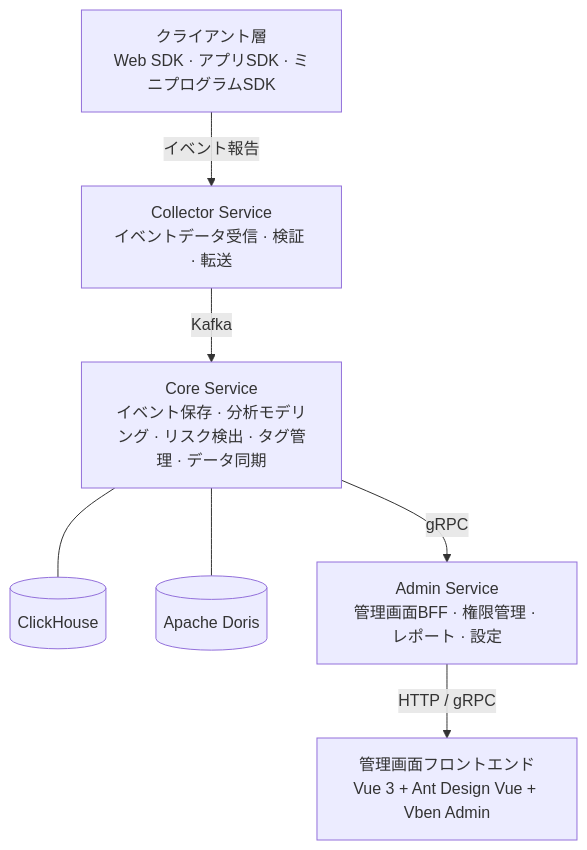
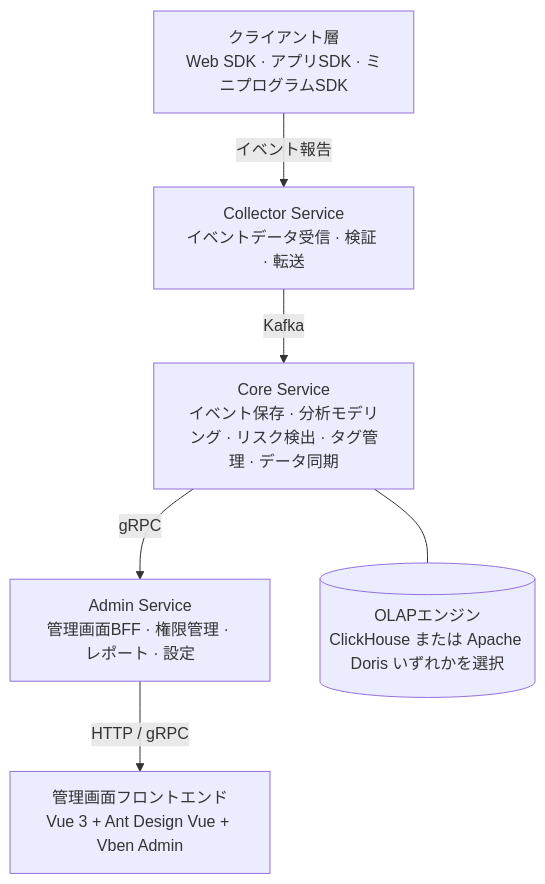
The diagram in README_ja.md (tx7do/go-wind-uba), drawn with Mermaid before and after one commit. The commit also changed other lines of this file and 2 other files, not shown here.

````diff
--- a/README_ja.md
+++ b/README_ja.md
@@ -105,17 +105,14 @@
 ```mermaid
 graph TB
     SDK["クライアント層<br/>Web SDK · アプリSDK · ミニプログラムSDK"]
     Collector["Collector Service<br/>イベントデータ受信 · 検証 · 転送"]
     Core["Core Service<br/>イベント保存 · 分析モデリング · リスク検出 · タグ管理 · データ同期"]
-    CH[(ClickHouse)]
-    Doris[(Apache Doris)]
     Admin["Admin Service<br/>管理画面BFF · 権限管理 · レポート · 設定"]
     Frontend["管理画面フロントエンド<br/>Vue 3 + Ant Design Vue + Vben Admin"]
 
     SDK -->|"イベント報告"| Collector
     Collector -->|"Kafka"| Core
-    Core --- CH
-    Core --- Doris
+    Core --- OLAP[(OLAPエンジン<br/>ClickHouse または Apache Doris いずれかを選択)]
     Core -->|"gRPC"| Admin
     Admin -->|"HTTP / gRPC"| Frontend
 ```
````
